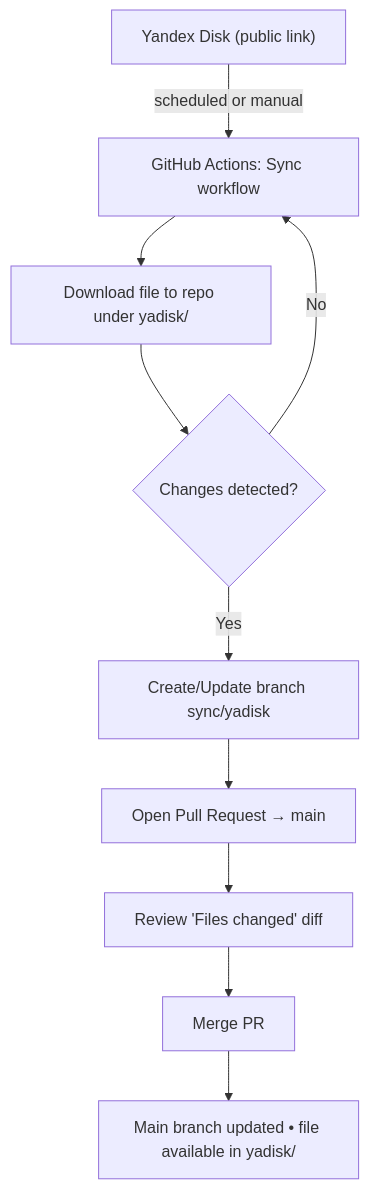
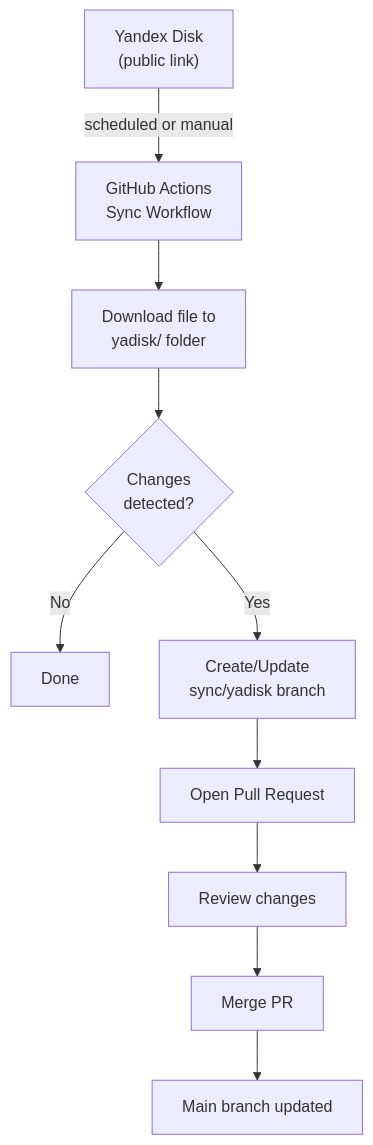
Before and after one commit to venikman/fpf-sync: the diagram in README.md, drawn with Mermaid. The commit also changed other lines of this file and 5 other files, not shown here.

````diff
--- a/README.md
+++ b/README.md
@@ -37,12 +73,12 @@
 ```mermaid
 flowchart TD
-    A["Yandex Disk (public link)"] -->|scheduled or manual| B["GitHub Actions: Sync workflow"]
-    B --> C["Download file to repo under yadisk/"]
-    C --> D{Changes detected?}
-    D -- No --> B
-    D -- Yes --> E["Create/Update branch sync/yadisk"]
-    E --> F["Open Pull Request → main"]
-    F --> G["Review 'Files changed' diff"]
-    G --> H["Merge PR"]
-    H --> I["Main branch updated • file available in yadisk/"]
+    A["Yandex Disk<br/>(public link)"] -->|scheduled or manual| B["GitHub Actions<br/>Sync Workflow"]
+    B --> C["Download file to<br/>yadisk/ folder"]
+    C --> D{Changes<br/>detected?}
+    D -->|No| E[Done]
+    D -->|Yes| F["Create/Update<br/>sync/yadisk branch"]
+    F --> G["Open Pull Request"]
+    G --> H["Review changes"]
+    H --> I["Merge PR"]
+    I --> J["Main branch updated"]
 ```
````
